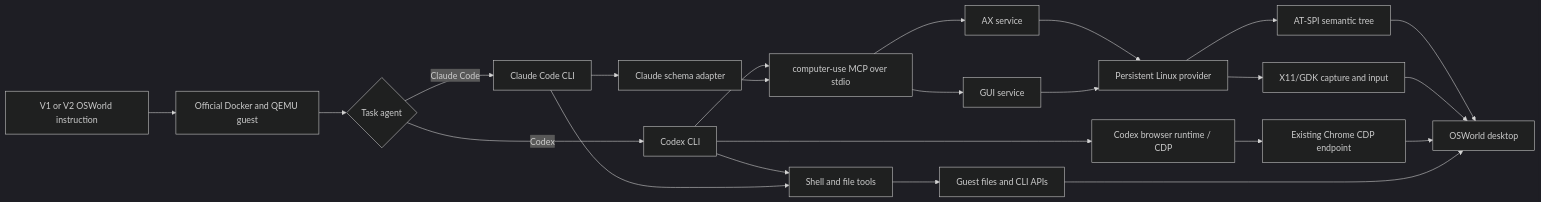
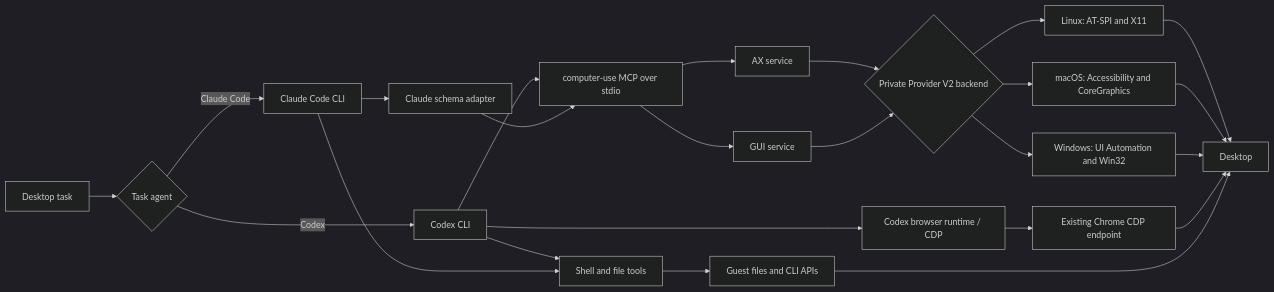
One commit to hqhq1025/hybrid-computer-use-oss changed the diagram in README.md. Above: the diagram before and after it, drawn with Mermaid (dark theme). The commit also changed other lines of this file and 30 other files, not shown here.

Commit message:
feat: add macOS and Windows computer-use backends

````diff
--- a/README.md
+++ b/README.md
@@ -19,25 +20,26 @@
 ```mermaid
 flowchart LR
-    U[V1 or V2 OSWorld instruction] --> Q[Official Docker and QEMU guest]
-    Q --> A{Task agent}
+    U[Desktop task] --> A{Task agent}
     A -->|Codex| CX[Codex CLI]
     A -->|Claude Code| CC[Claude Code CLI]
     CX --> SH[Shell and file tools]
     CC --> SH
     CX --> CDP[Codex browser runtime / CDP]
     CX --> MCP[computer-use MCP over stdio]
     CC --> AD[Claude schema adapter]
     AD --> MCP
     MCP --> AX[AX service]
     MCP --> GUI[GUI service]
-    AX --> P[Persistent Linux provider]
+    AX --> P{Private Provider V2 backend}
     GUI --> P
-    P --> ATSPI[AT-SPI semantic tree]
-    P --> X11[X11/GDK capture and input]
-    ATSPI --> D[OSWorld desktop]
-    X11 --> D
+    P --> ATSPI[Linux: AT-SPI and X11]
+    P --> MAC[macOS: Accessibility and CoreGraphics]
+    P --> WIN[Windows: UI Automation and Win32]
+    ATSPI --> D[Desktop]
+    MAC --> D
+    WIN --> D
     CDP --> CH[Existing Chrome CDP endpoint]
     CH --> D
     SH --> FS[Guest files and CLI APIs]
     FS --> D
 ```
````
